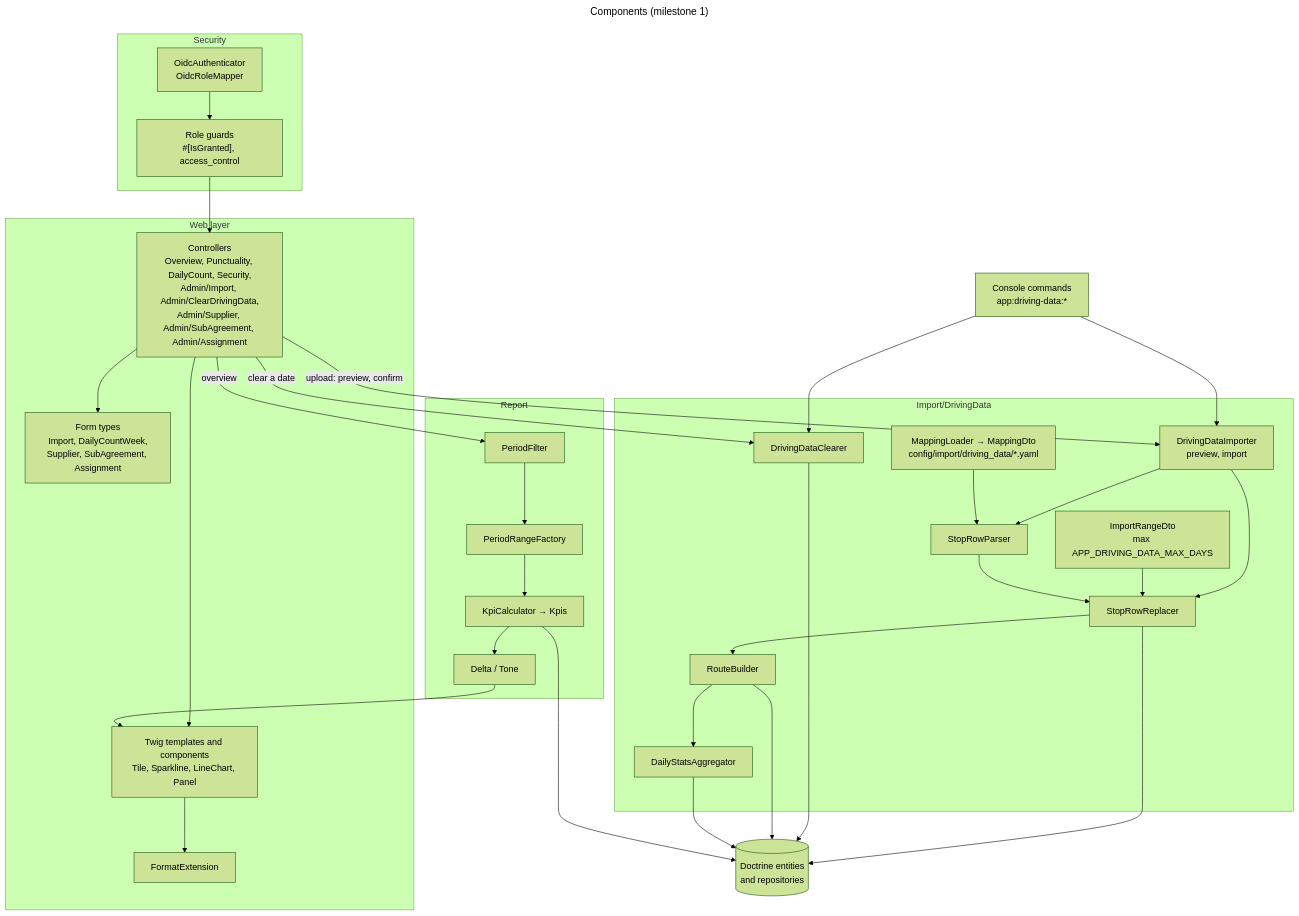
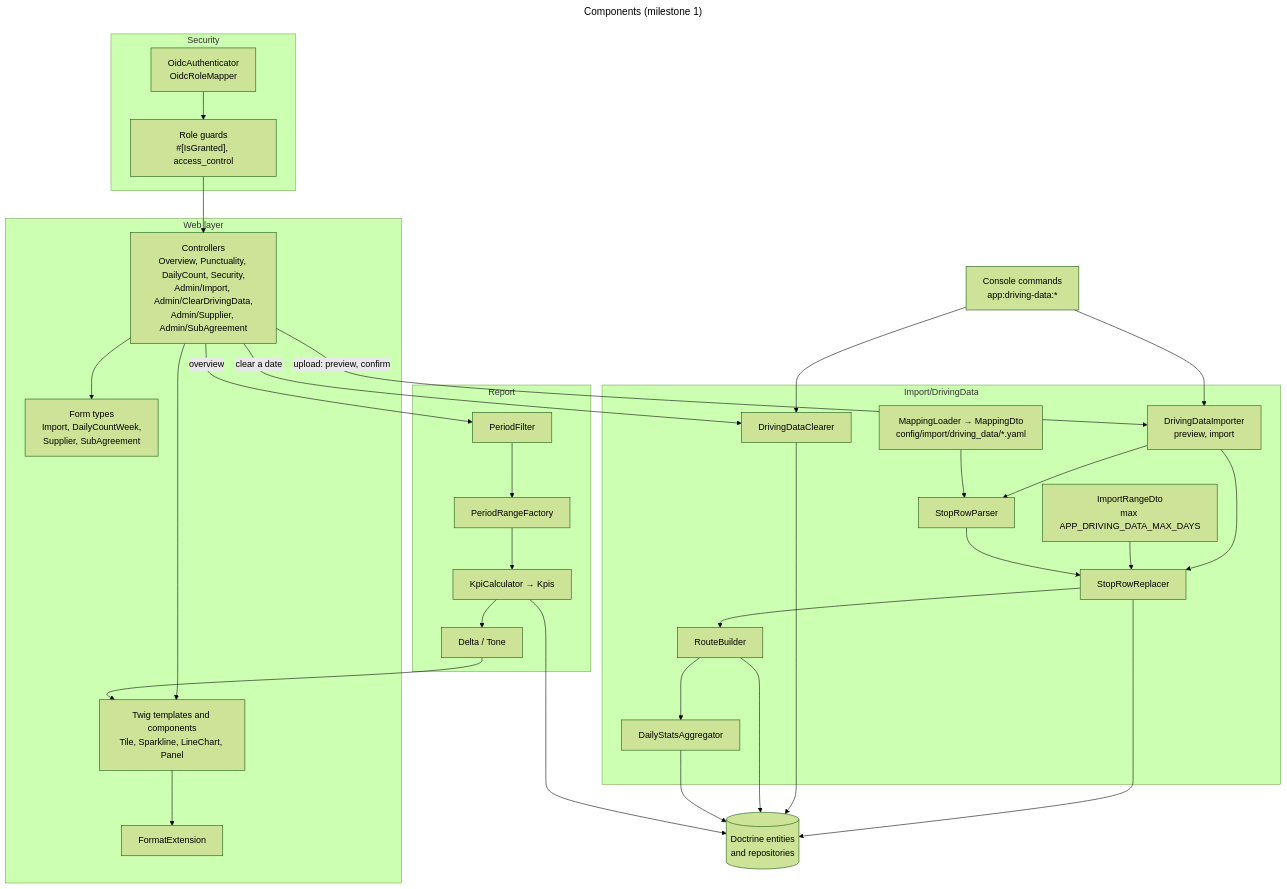
Before and after one commit to itk-dev/koerselsoverblik: the third of 7 diagrams in docs/architecture.md, drawn with Mermaid (forest theme). The commit also changed other lines of this file and 40 other files, not shown here.

First line of the commit message:
feat: give each sub-agreement one supplier

````diff
--- a/docs/architecture.md
+++ b/docs/architecture.md
@@ -140,62 +140,62 @@
 ```mermaid
 ---
 title: Components (milestone 1)
 ---
 flowchart TB
     subgraph web["Web layer"]
-        controllers["Controllers<br/>Overview, Punctuality, DailyCount, Security,<br/>Admin/Import, Admin/ClearDrivingData,<br/>Admin/Supplier, Admin/SubAgreement, Admin/Assignment"]
-        forms["Form types<br/>Import, DailyCountWeek,<br/>Supplier, SubAgreement, Assignment"]
+        controllers["Controllers<br/>Overview, Punctuality, DailyCount, Security,<br/>Admin/Import, Admin/ClearDrivingData,<br/>Admin/Supplier, Admin/SubAgreement"]
+        forms["Form types<br/>Import, DailyCountWeek,<br/>Supplier, SubAgreement"]
         twig["Twig templates and components<br/>Tile, Sparkline, LineChart, Panel"]
         format["FormatExtension"]
     end
 
     subgraph security["Security"]
         authenticators["OidcAuthenticator<br/>OidcRoleMapper"]
         guards["Role guards<br/>#[IsGranted], access_control"]
     end
 
     subgraph import["Import/DrivingData"]
         mapping["MappingLoader → MappingDto<br/>config/import/driving_data/*.yaml"]
         importrange["ImportRangeDto<br/>max APP_DRIVING_DATA_MAX_DAYS"]
         importer["DrivingDataImporter<br/>preview, import"]
         parser["StopRowParser"]
         replacer["StopRowReplacer"]
         builder["RouteBuilder"]
         aggregator["DailyStatsAggregator"]
         clearer["DrivingDataClearer"]
     end
 
     subgraph report["Report"]
         filter["PeriodFilter"]
         periods["PeriodRangeFactory"]
         kpi["KpiCalculator → Kpis"]
         delta["Delta / Tone"]
     end
 
     commands["Console commands<br/>app:driving-data:*"]
     repositories[("Doctrine entities<br/>and repositories")]
 
     controllers --> forms
     controllers --> twig
     twig --> format
     guards --> controllers
     authenticators --> guards
 
     controllers -- "upload: preview, confirm" --> importer
     commands --> importer
     importer --> parser
     importer --> replacer
     mapping --> parser
     importrange --> replacer
     parser --> replacer --> builder --> aggregator
     replacer --> repositories
     controllers -- "clear a date" --> clearer
     commands --> clearer
     clearer --> repositories
     builder --> repositories
     aggregator --> repositories
 
     controllers -- "overview" --> filter --> periods --> kpi
     kpi --> repositories
     kpi --> delta --> twig
 ```
````
